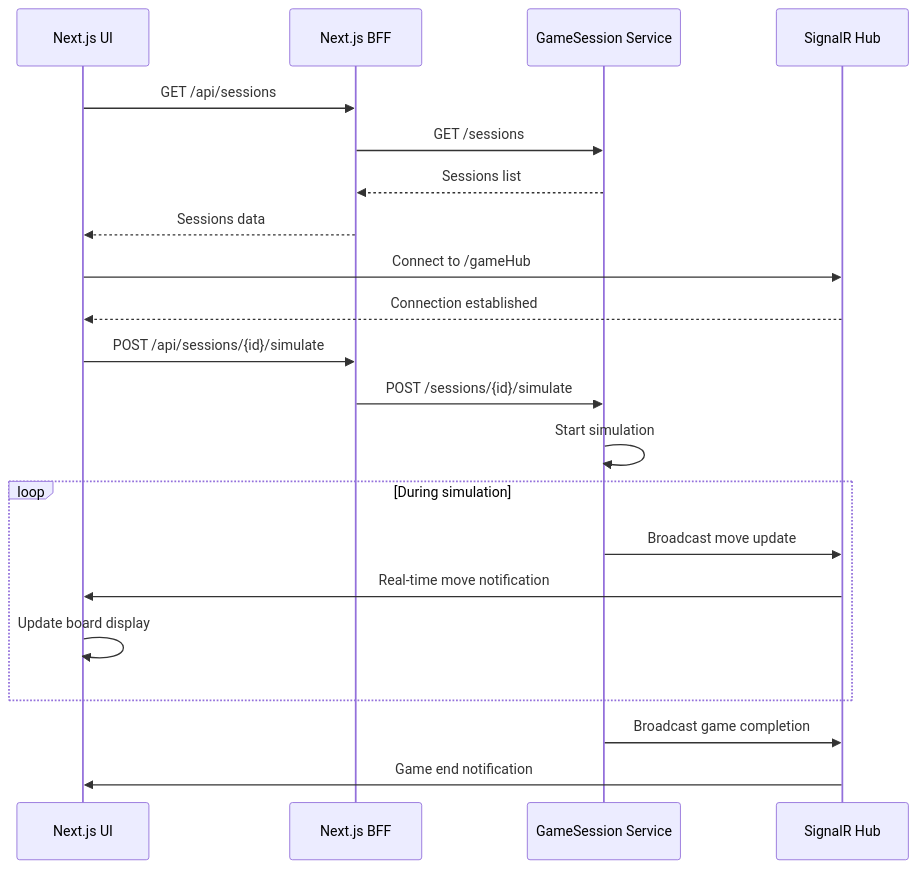
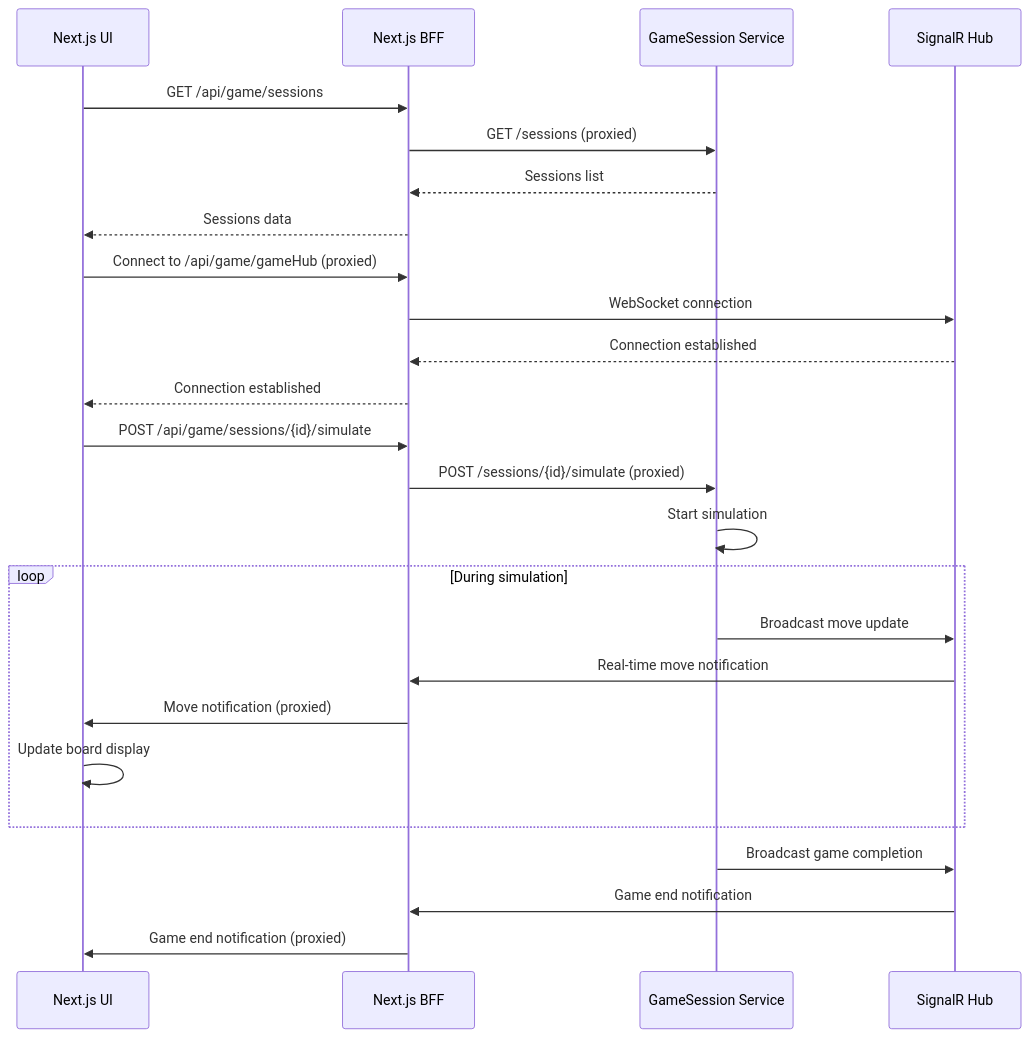
Before and after one commit to dmitrycx/TicTacToe: the third of 4 diagrams in README.md, drawn with Mermaid. The commit also changed other lines of this file and 3 other files, not shown here.

First line of the commit message:
docs: update README.md to reflect API proxy architecture and recent improvements

````diff
--- a/README.md
+++ b/README.md
@@ -91,28 +92,32 @@
 ```mermaid
 sequenceDiagram
     participant UI as Next.js UI
     participant BFF as Next.js BFF
     participant GS as GameSession Service
     participant SR as SignalR Hub
     
-    UI->>BFF: GET /api/sessions
-    BFF->>GS: GET /sessions
+    UI->>BFF: GET /api/game/sessions
+    BFF->>GS: GET /sessions (proxied)
     GS-->>BFF: Sessions list
     BFF-->>UI: Sessions data
     
-    UI->>SR: Connect to /gameHub
-    SR-->>UI: Connection established
+    UI->>BFF: Connect to /api/game/gameHub (proxied)
+    BFF->>SR: WebSocket connection
+    SR-->>BFF: Connection established
+    BFF-->>UI: Connection established
     
-    UI->>BFF: POST /api/sessions/{id}/simulate
-    BFF->>GS: POST /sessions/{id}/simulate
+    UI->>BFF: POST /api/game/sessions/{id}/simulate
+    BFF->>GS: POST /sessions/{id}/simulate (proxied)
     GS->>GS: Start simulation
     
     loop During simulation
         GS->>SR: Broadcast move update
-        SR->>UI: Real-time move notification
+        SR->>BFF: Real-time move notification
+        BFF->>UI: Move notification (proxied)
         UI->>UI: Update board display
     end
     
     GS->>SR: Broadcast game completion
-    SR->>UI: Game end notification
+    SR->>BFF: Game end notification
+    BFF->>UI: Game end notification (proxied)
 ```
````
